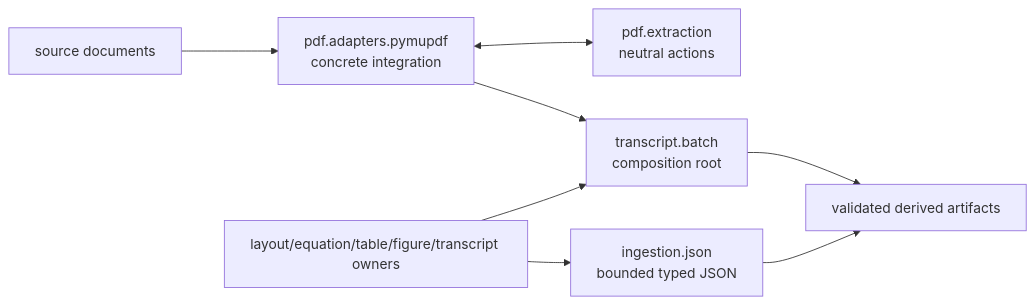
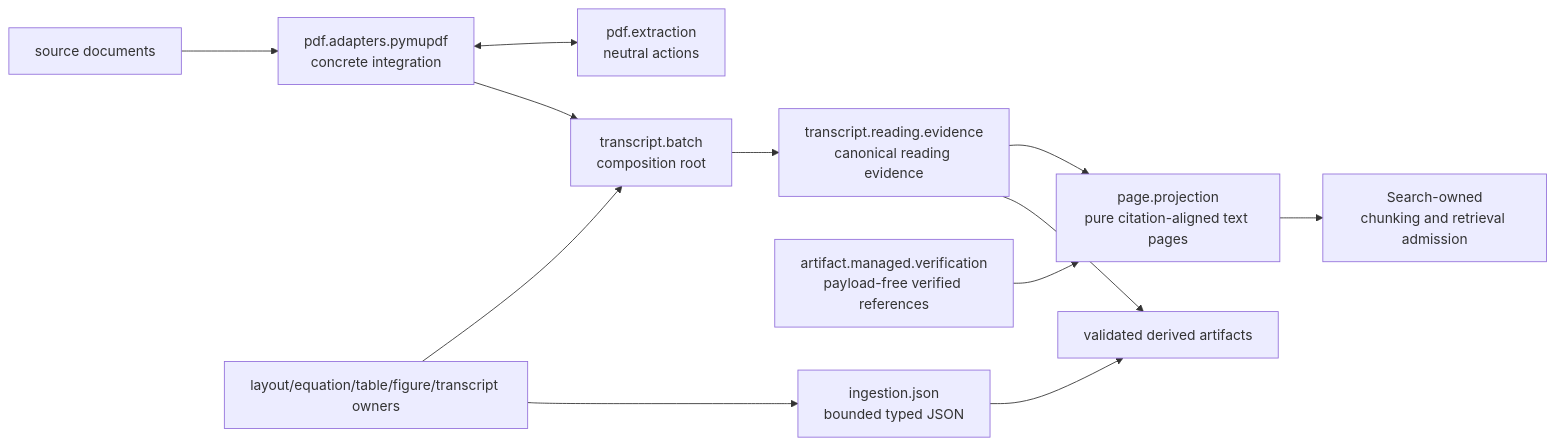
One commit to eragasa/projectkoios-ingestion changed the diagram in docs/architecture/projectkoios/ingestion/schematic.md. Above: the diagram before and after it, drawn with Mermaid. The commit also changed other lines of this file and 44 other files, not shown here.

Commit message:
feat: add current-schema page projection

````diff
--- a/docs/architecture/projectkoios/ingestion/schematic.md
+++ b/docs/architecture/projectkoios/ingestion/schematic.md
@@ -3,18 +3,26 @@
 ```mermaid
 flowchart LR
     Source["source documents"]
     PdfExtraction["pdf.extraction<br/>neutral actions"]
     PdfAdapter["pdf.adapters.pymupdf<br/>concrete integration"]
     TranscriptBatch["transcript.batch<br/>composition root"]
+    ReadingEvidence["transcript.reading.evidence<br/>canonical reading evidence"]
+    ArtifactVerification["artifact.managed.verification<br/>payload-free verified references"]
+    PageProjection["page.projection<br/>pure citation-aligned text pages"]
+    Search["Search-owned<br/>chunking and retrieval admission"]
     Json["ingestion.json<br/>bounded typed JSON"]
     Owners["layout/equation/table/figure/transcript owners"]
     Outputs["validated derived artifacts"]
 
     Source --> PdfAdapter
     PdfAdapter <--> PdfExtraction
     PdfAdapter --> TranscriptBatch
     Owners --> TranscriptBatch
     Owners --> Json
     Json --> Outputs
-    TranscriptBatch --> Outputs
+    TranscriptBatch --> ReadingEvidence
+    ReadingEvidence --> PageProjection
+    ArtifactVerification --> PageProjection
+    PageProjection --> Search
+    ReadingEvidence --> Outputs
 ```
````
